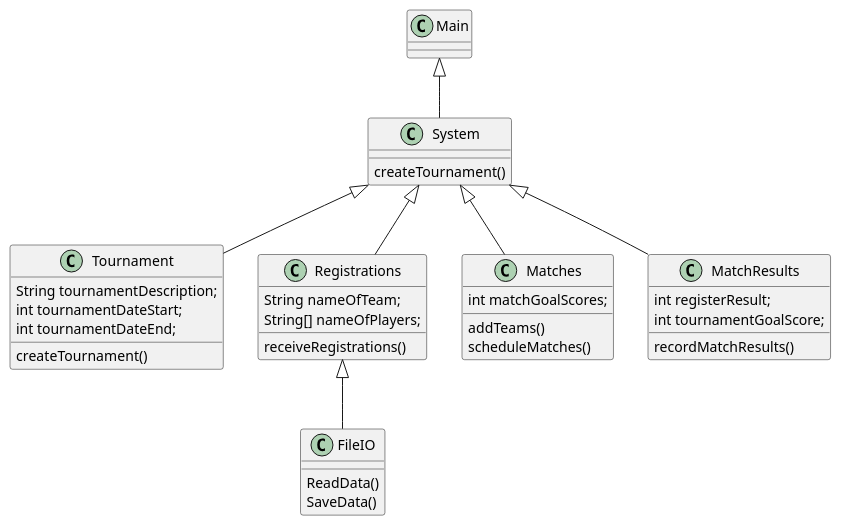
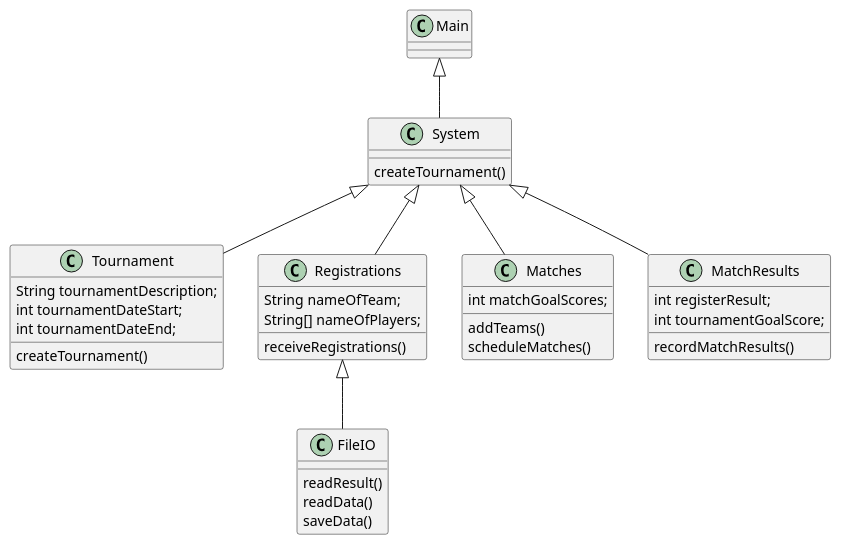
The diagram in Documentation/KlasseDiagram.puml (NikolajKaspersen/Tournament), drawn with PlantUML before and after one commit.

Commit message:
KlasseDiagram

```diff
--- a/Documentation/KlasseDiagram.puml
+++ b/Documentation/KlasseDiagram.puml
@@ -1,53 +1,54 @@
 @startuml
 class System
 {
     createTournament()
 }
 
 class Tournament
 {
     String tournamentDescription;
     int tournamentDateStart;
     int tournamentDateEnd;
 
     createTournament()
 }
 
 class Registrations
 {
     String nameOfTeam;
     String[] nameOfPlayers;
 
     receiveRegistrations()
 }
 
 class Matches
 {
     int matchGoalScores;
 
     addTeams()
     scheduleMatches()
 }
 
 class MatchResults
 {
     int registerResult;
     int tournamentGoalScore;
 
     recordMatchResults()
 }
 
 class FileIO
 {
-ReadData()
-SaveData()
+readResult()
+readData()
+saveData()
 }
 
 System <|-- Tournament
 System <|-- Registrations
 System <|-- Matches
 System <|-- MatchResults
 Registrations <|-- FileIO
 Main <|-- System
 
 @enduml
```
